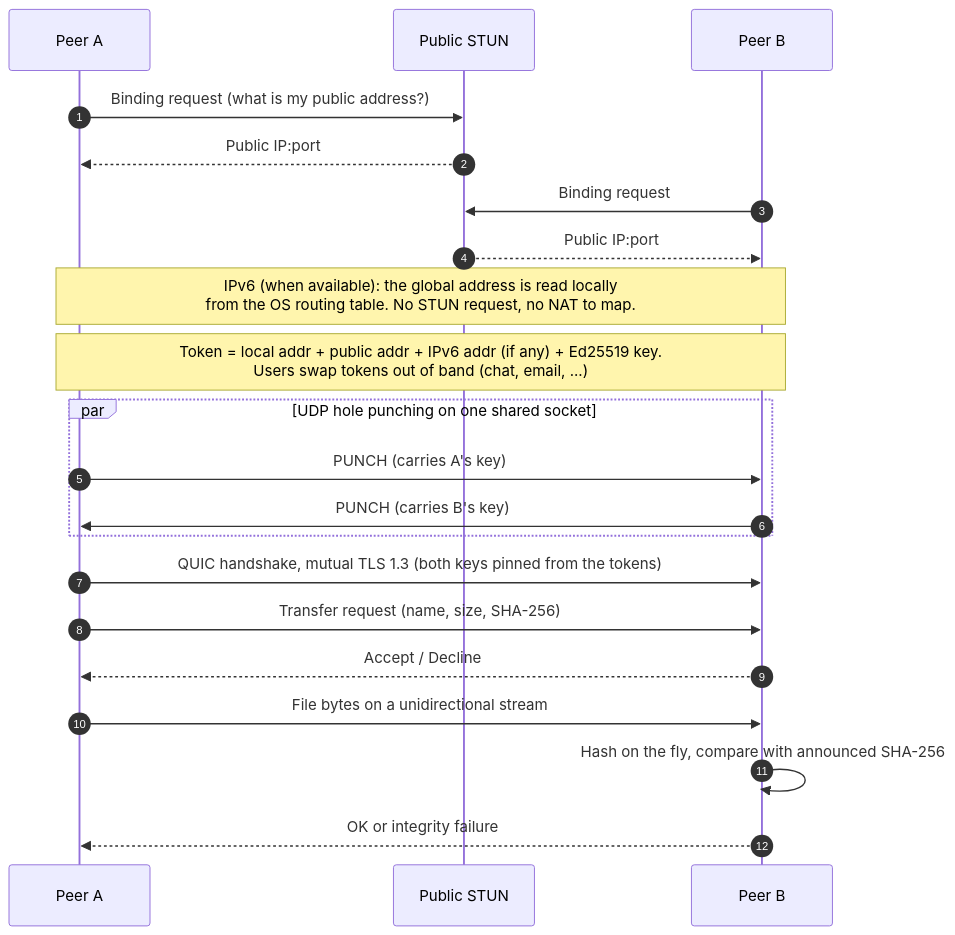
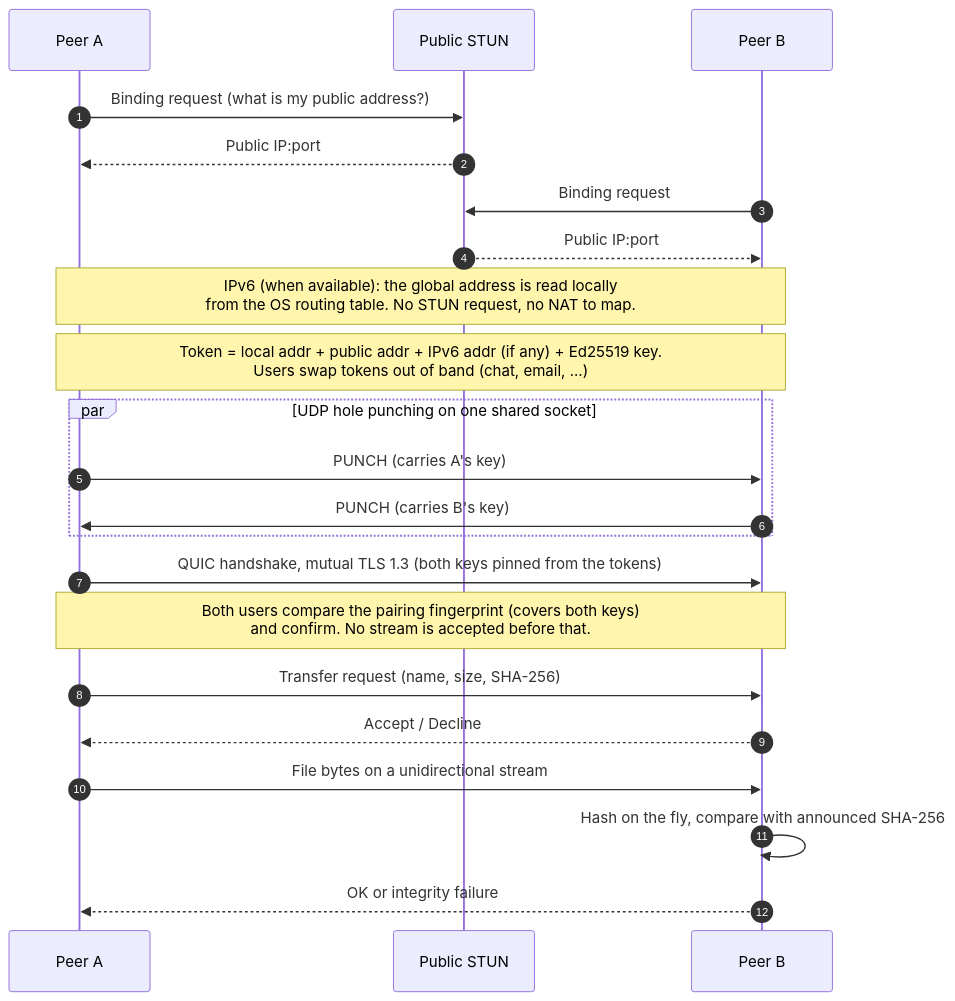
The diagram in README.md (bernardo125/File-Transfer-Utility), drawn with Mermaid before and after one commit. The commit also changed other lines of this file and 4 other files, not shown here.

Commit message:
docs(security): record remediation status, update threat model, diagram and README for the new behaviour

````diff
--- a/README.md
+++ b/README.md
@@ -68,23 +69,24 @@
 ```mermaid
 sequenceDiagram
     autonumber
     participant A as Peer A
     participant S as Public STUN
     participant B as Peer B
     A->>S: Binding request (what is my public address?)
     S-->>A: Public IP:port
     B->>S: Binding request
     S-->>B: Public IP:port
     Note over A,B: IPv6 (when available): the global address is read locally<br/>from the OS routing table. No STUN request, no NAT to map.
     Note over A,B: Token = local addr + public addr + IPv6 addr (if any) + Ed25519 key.<br/>Users swap tokens out of band (chat, email, ...)
     par UDP hole punching on one shared socket
         A->>B: PUNCH (carries A's key)
         B->>A: PUNCH (carries B's key)
     end
     A->>B: QUIC handshake, mutual TLS 1.3 (both keys pinned from the tokens)
+    Note over A,B: Both users compare the pairing fingerprint (covers both keys)<br/>and confirm. No stream is accepted before that.
     A->>B: Transfer request (name, size, SHA-256)
     B-->>A: Accept / Decline
     A->>B: File bytes on a unidirectional stream
     B->>B: Hash on the fly, compare with announced SHA-256
     B-->>A: OK or integrity failure
 ```
````
